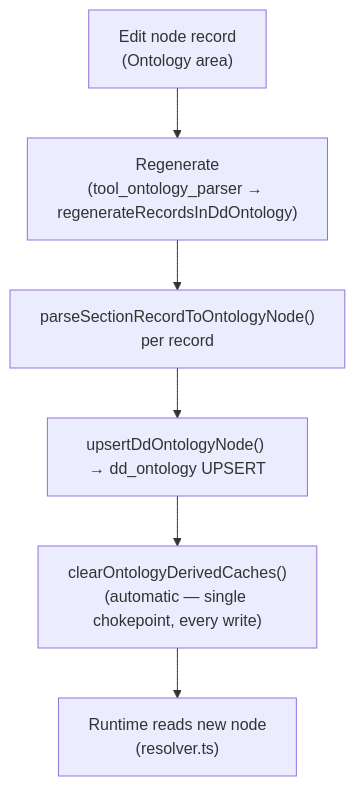
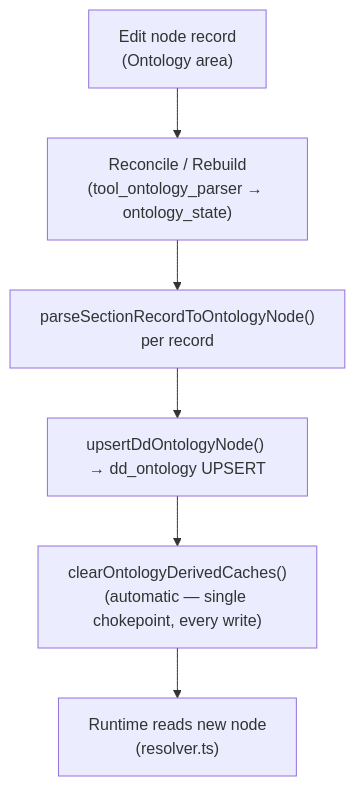
Before and after one commit to renderpci/dedalo: the second of 2 diagrams in docs/core/ontology/authoring.md, drawn with Mermaid. The commit also changed other lines of this file and 22 other files, not shown here.

````diff
--- a/docs/core/ontology/authoring.md
+++ b/docs/core/ontology/authoring.md
@@ -409,8 +409,8 @@
 ```mermaid
 flowchart TD
-    E["Edit node record<br/>(Ontology area)"] --> R["Regenerate<br/>(tool_ontology_parser → regenerateRecordsInDdOntology)"]
+    E["Edit node record<br/>(Ontology area)"] --> R["Reconcile / Rebuild<br/>(tool_ontology_parser → ontology_state)"]
     R --> P["parseSectionRecordToOntologyNode()<br/>per record"]
     P --> I["upsertDdOntologyNode() → dd_ontology UPSERT"]
     I --> C["clearOntologyDerivedCaches()<br/>(automatic — single chokepoint, every write)"]
     C --> L["Runtime reads new node<br/>(resolver.ts)"]
 ```
````
